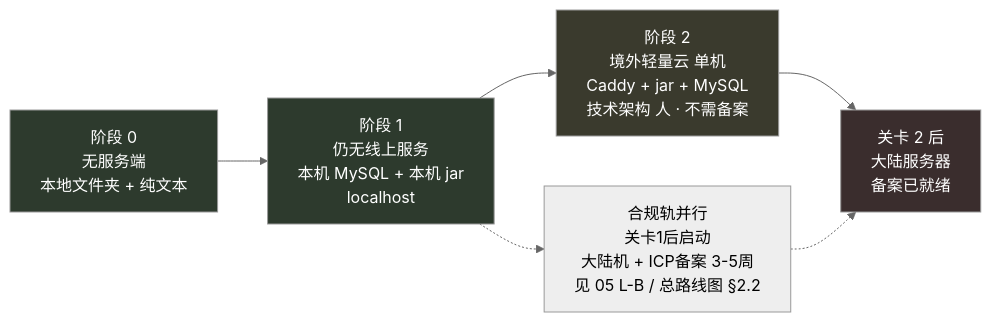
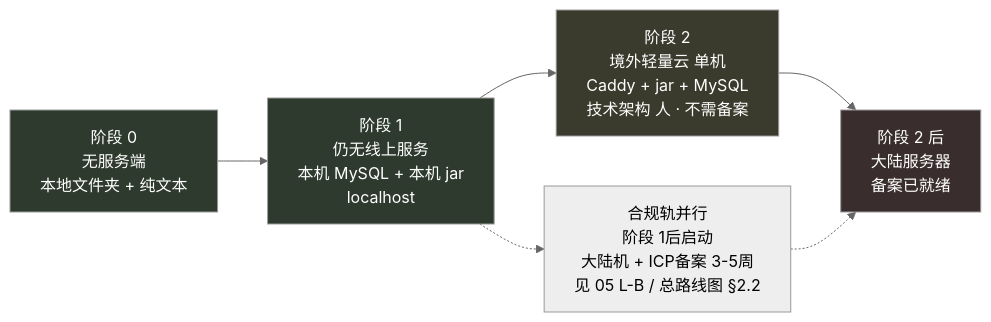
One commit to chenyuanjin/kubic changed the sixth of 6 diagrams in docs/technical/INDEX.md. Above: the diagram before and after it, drawn with Mermaid (neutral theme). The commit also changed other lines of this file and 249 other files, not shown here.

````diff
--- a/docs/technical/INDEX.md
+++ b/docs/technical/INDEX.md
@@ -890,16 +890,16 @@
 ```mermaid
 flowchart LR
     S0["阶段 0<br/>无服务端<br/>本地文件夹 + 纯文本"]
     S1["阶段 1<br/>仍无线上服务<br/>本机 MySQL + 本机 jar<br/>localhost"]
     S2["阶段 2<br/>境外轻量云 单机<br/>Caddy + jar + MySQL<br/>技术架构 人 · 不需备案"]
-    S3["关卡 2 后<br/>大陆服务器<br/>备案已就绪"]
-    B["合规轨并行<br/>关卡1后启动<br/>大陆机 + ICP备案 3-5周<br/>见 05 L-B / 总路线图 §2.2"]
+    S3["阶段 2 后<br/>大陆服务器<br/>备案已就绪"]
+    B["合规轨并行<br/>阶段 1后启动<br/>大陆机 + ICP备案 3-5周<br/>见 05 L-B / 总路线图 §2.2"]
 
     S0 --> S1 --> S2 --> S3
     S1 -.-> B -.-> S3
 
     style S0 fill:#2d3a2d,color:#fff
     style S1 fill:#2d3a2d,color:#fff
     style S2 fill:#3a3a2d,color:#fff
     style S3 fill:#3a2d2d,color:#fff
 ```
````
